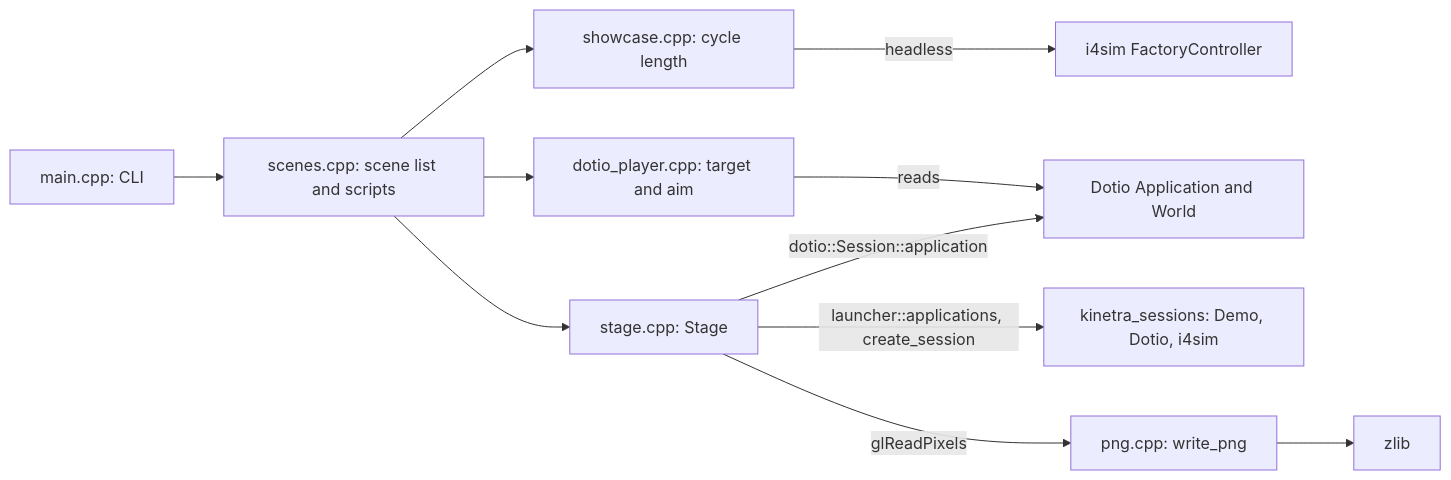
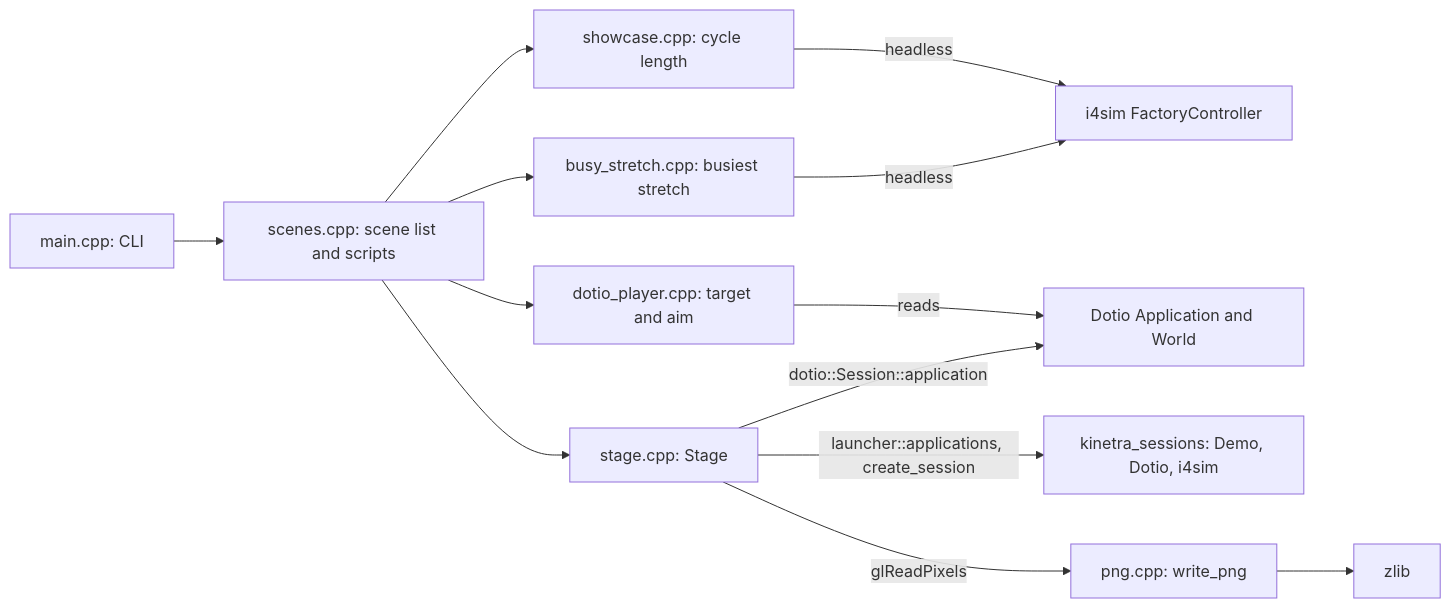
Before and after one commit to SMB-M87/Kinetra-Lab: the first of 2 diagrams in tools/capture/README.md, drawn with Mermaid. The commit also changed other lines of this file and 5 other files, not shown here.

````diff
--- a/tools/capture/README.md
+++ b/tools/capture/README.md
@@ -47,13 +48,15 @@
 ```mermaid
 flowchart LR
     Main[main.cpp: CLI] --> Scenes[scenes.cpp: scene list and scripts]
     Scenes --> Stage[stage.cpp: Stage]
     Scenes --> Showcase[showcase.cpp: cycle length]
+    Scenes --> Busy[busy_stretch.cpp: busiest stretch]
     Scenes --> Player[dotio_player.cpp: target and aim]
     Showcase -->|headless| Controller[i4sim FactoryController]
+    Busy -->|headless| Controller
     Player -->|reads| World[Dotio Application and World]
     Stage -->|launcher::applications, create_session| Sessions[kinetra_sessions: Demo, Dotio, i4sim]
     Stage -->|dotio::Session::application| World
     Stage -->|glReadPixels| Png[png.cpp: write_png]
     Png --> Zlib[zlib]
 ```
````
